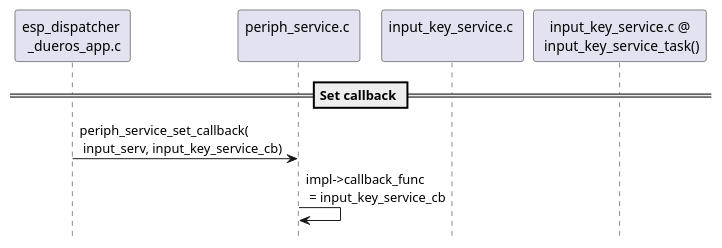
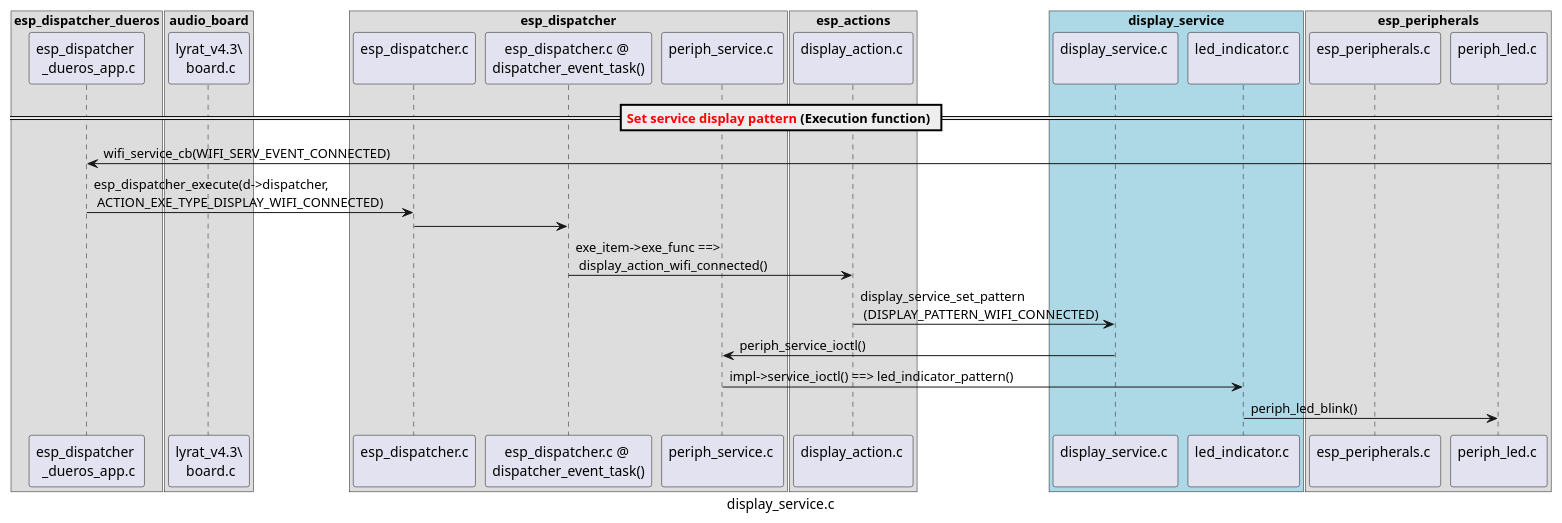
Before and after one commit to liangzhu2008/learn-esp-adf: the third of 4 diagrams in docs/inside-dispatcher/display_service.rst, drawn with PlantUML. The commit also changed other lines of this file and 2 other files, not shown here.

Commit message:
加入 Display_Service

```diff
--- a/docs/inside-dispatcher/display_service.rst
+++ b/docs/inside-dispatcher/display_service.rst
@@ -155,12 +169,41 @@
 .. uml::
 
-    hide footbox
+    caption display_service.c
 
+    box "esp_dispatcher_dueros"
     participant "esp_dispatcher \n _dueros_app.c" as adf_app order 10
-    participant "periph_service.c \n" as periph_service order 20
-    participant "input_key_service.c \n" as spec_service order 50
-    participant "input_key_service.c @\n input_key_service_task()" as inner_task order 60
+    end box
 
-    == Set callback ==
-    adf_app        -> periph_service : periph_service_set_callback( \n input_serv, input_key_service_cb)
-    periph_service -> periph_service : impl->callback_func \n = input_key_service_cb
+    box "audio_board"
+    participant "lyrat_v4.3\\\n board.c"  as adf_board order 15
+    end box
+
+    box "esp_dispatcher" 
+    participant "esp_dispatcher.c\n"                    as dispatcher_comp   order 20
+    participant "esp_dispatcher.c @ \ndispatcher_event_task()" as dispatcher_task   order 30
+    participant "periph_service.c \n"  as periph_service order 40
+    end box
+
+    box "esp_actions"
+    participant "display_action.c \n" as display_action  order 45
+    end box
+
+    box "display_service" #LightBlue
+    participant "display_service.c \n" as display_service  order 50
+    participant "led_indicator.c \n"   as led_indicator order 60
+    end box
+
+    box "esp_peripherals" 
+    participant "esp_peripherals.c \n" as esp_peripherals order 70
+    participant "periph_led.c \n"      as periph_led      order 80
+    end box
+
+    == <color:red>Set service display pattern</color> (Execution function) ==
+    adf_app <-] : wifi_service_cb(WIFI_SERV_EVENT_CONNECTED)
+    adf_app ->  dispatcher_comp : esp_dispatcher_execute(d->dispatcher, \n ACTION_EXE_TYPE_DISPLAY_WIFI_CONNECTED)
+    dispatcher_comp -> dispatcher_task
+    dispatcher_task -> display_action  : exe_item->exe_func ==> \n display_action_wifi_connected()
+    display_action  -> display_service : display_service_set_pattern \n (DISPLAY_PATTERN_WIFI_CONNECTED)
+    periph_service  <- display_service : periph_service_ioctl()
+    periph_service  -> led_indicator   : impl->service_ioctl() ==> led_indicator_pattern()
+    led_indicator   -> periph_led      : periph_led_blink()
```
